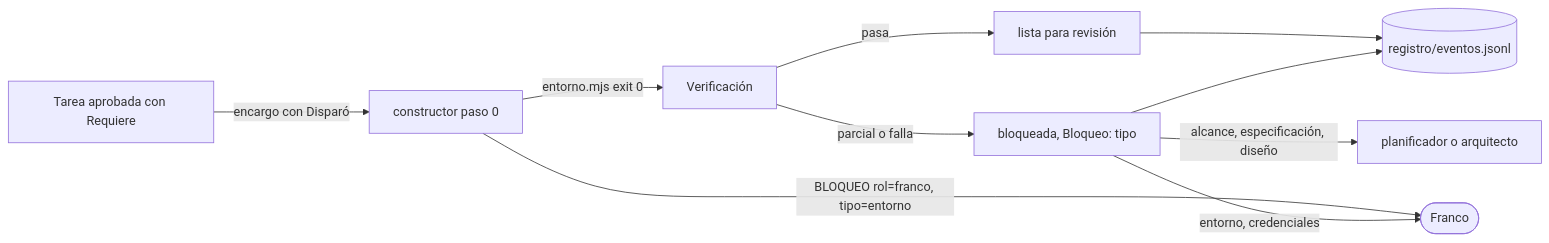
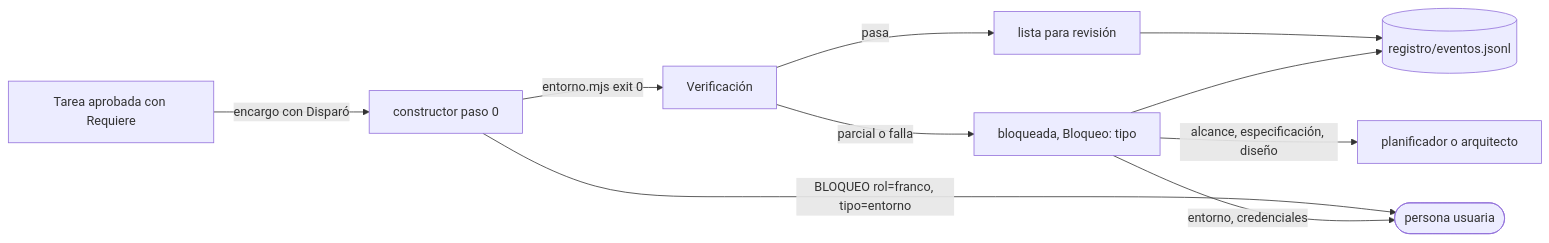
One commit to francolmc/Flucastr.AI changed the diagram in old/v1/definitions/DIAGNOSTICO-BLOQUEOS.md. Above: the diagram before and after it, drawn with Mermaid. The commit also changed other lines of this file and 469 other files, not shown here.

````diff
--- a/old/v1/definitions/DIAGNOSTICO-BLOQUEOS.md
+++ b/old/v1/definitions/DIAGNOSTICO-BLOQUEOS.md
@@ -21,12 +21,12 @@
 ```mermaid
 flowchart LR
   T["Tarea aprobada con Requiere"] -->|"encargo con Disparó"| C["constructor paso 0"]
   C -->|"entorno.mjs exit 0"| V["Verificación"]
-  C -->|"BLOQUEO rol=franco, tipo=entorno"| F(["Franco"])
+  C -->|"BLOQUEO rol=franco, tipo=entorno"| F(["persona usuaria"])
   V -->|"pasa"| L["lista para revisión"]
   V -->|"parcial o falla"| B["bloqueada, Bloqueo: tipo"]
   B -->|"alcance, especificación, diseño"| P["planificador o arquitecto"]
   B -->|"entorno, credenciales"| F
   L --> R[("registro/eventos.jsonl")]
   B --> R
 ```
````
